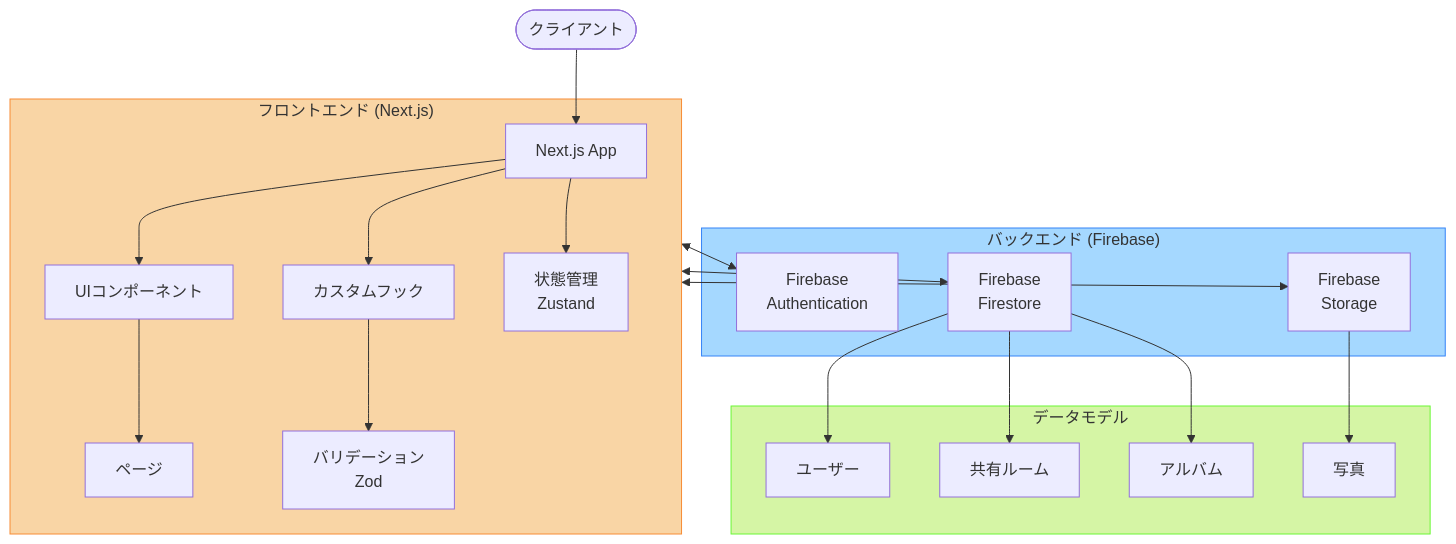
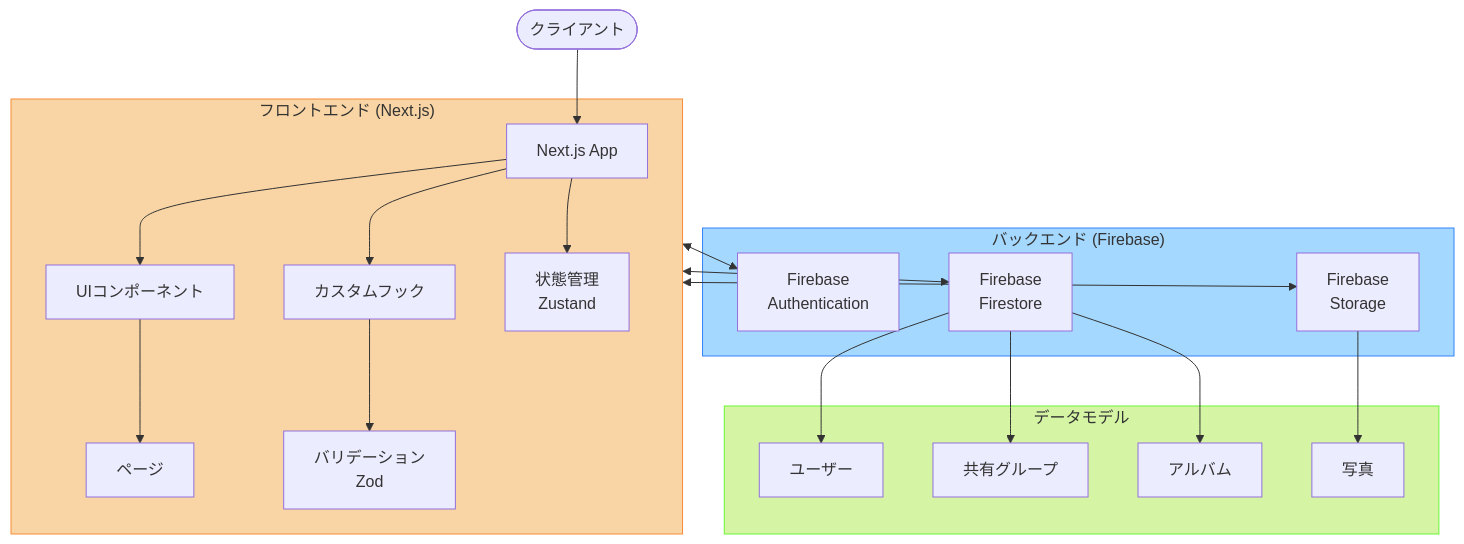
The diagram in docs/ARCHITECTURE.md (yukinko05/Album), drawn with Mermaid before and after one commit. The commit also changed other lines of this file and 18 other files, not shown here.

````diff
--- a/docs/ARCHITECTURE.md
+++ b/docs/ARCHITECTURE.md
@@ -7,38 +7,38 @@
 ```mermaid
 flowchart TD
     Client([クライアント]) --> NextJS[Next.js App]
 
     subgraph Frontend["フロントエンド (Next.js)"]
         NextJS --> Components[UIコンポーネント]
         NextJS --> Hooks[カスタムフック]
         NextJS --> States[状態管理\nZustand]
         Components --> Pages[ページ]
         Hooks --> Validations[バリデーション\nZod]
     end
 
     subgraph Backend["バックエンド (Firebase)"]
         Auth[Firebase\nAuthentication]
         Firestore[Firebase\nFirestore]
         Storage[Firebase\nStorage]
     end
 
     Frontend <--> Auth
     Frontend <--> Firestore
     Frontend <--> Storage
 
     subgraph DataModel["データモデル"]
         Users[ユーザー]
-        Sharegroups[共有ルーム]
+        Sharegroups[共有グループ]
         Albums[アルバム]
         Photos[写真]
     end
 
     Firestore --> Users
     Firestore --> Sharegroups
     Firestore --> Albums
     Storage --> Photos
 
     style Frontend fill:#f9d5a5,stroke:#f78c35
     style Backend fill:#a5d8ff,stroke:#3583f7
     style DataModel fill:#d5f5a5,stroke:#6af735
 ```
````
